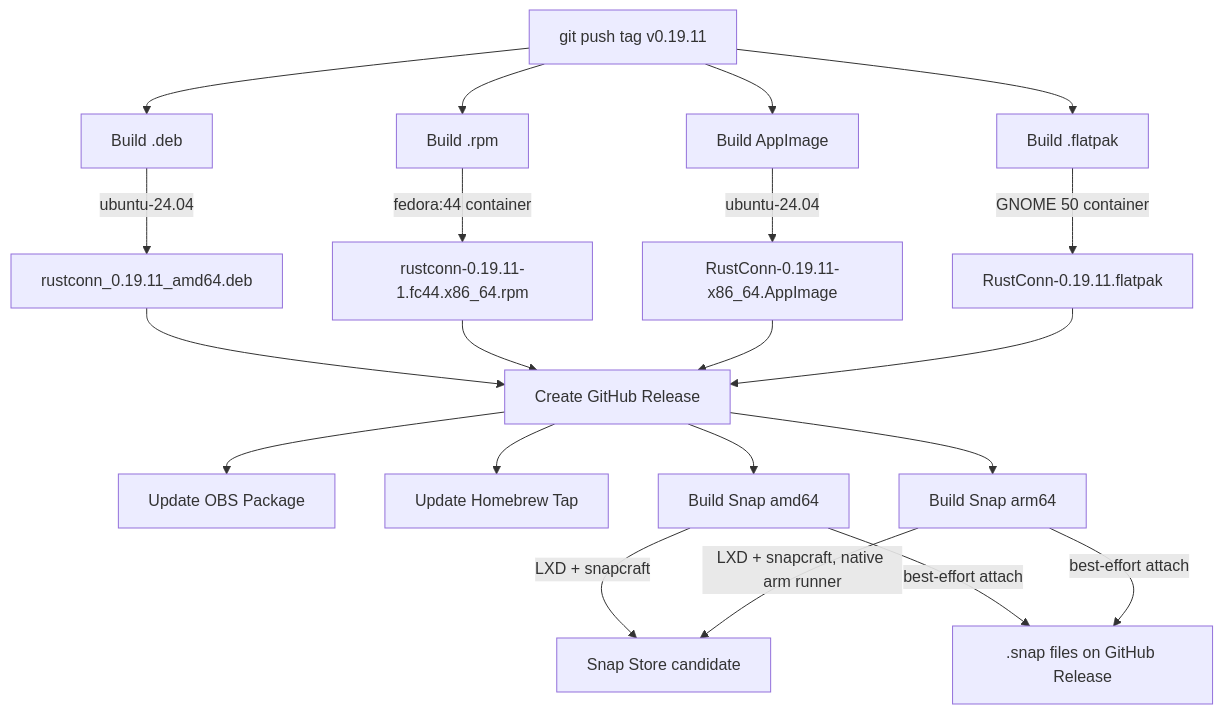
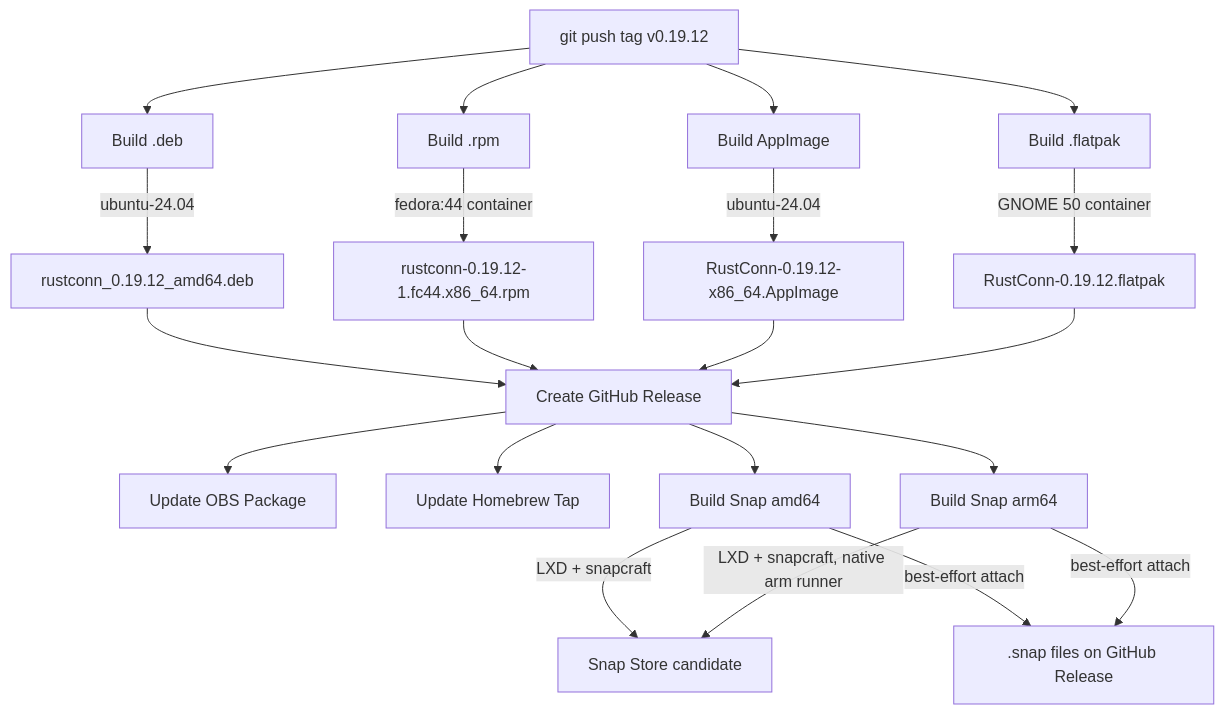
The third of 6 diagrams in docs/CI_BUILD_FLOW.md (philclifford/RustConn), drawn with Mermaid before and after one commit. The commit also changed other lines of this file and 82 other files, not shown here.

````diff
--- a/docs/CI_BUILD_FLOW.md
+++ b/docs/CI_BUILD_FLOW.md
@@ -67,26 +67,26 @@
 ```mermaid
 graph TD
-    Tag[git push tag v0.19.11] --> BuildDeb[Build .deb]
+    Tag[git push tag v0.19.12] --> BuildDeb[Build .deb]
     Tag --> BuildRPM[Build .rpm]
     Tag --> BuildAppImage[Build AppImage]
     Tag --> BuildFlatpak[Build .flatpak]
 
-    BuildDeb --> |ubuntu-24.04| DebArtifact[rustconn_0.19.11_amd64.deb]
-    BuildRPM --> |fedora:44 container| RPMArtifact[rustconn-0.19.11-1.fc44.x86_64.rpm]
-    BuildAppImage --> |ubuntu-24.04| AppImageArtifact[RustConn-0.19.11-x86_64.AppImage]
-    BuildFlatpak --> |GNOME 50 container| FlatpakArtifact[RustConn-0.19.11.flatpak]
+    BuildDeb --> |ubuntu-24.04| DebArtifact[rustconn_0.19.12_amd64.deb]
+    BuildRPM --> |fedora:44 container| RPMArtifact[rustconn-0.19.12-1.fc44.x86_64.rpm]
+    BuildAppImage --> |ubuntu-24.04| AppImageArtifact[RustConn-0.19.12-x86_64.AppImage]
+    BuildFlatpak --> |GNOME 50 container| FlatpakArtifact[RustConn-0.19.12.flatpak]
 
     DebArtifact --> Release[Create GitHub Release]
     RPMArtifact --> Release
     AppImageArtifact --> Release
     FlatpakArtifact --> Release
 
     Release --> UpdateOBS[Update OBS Package]
     Release --> Brew[Update Homebrew Tap]
     Release --> SnapAmd64[Build Snap amd64]
     Release --> SnapArm64[Build Snap arm64]
     SnapAmd64 --> |LXD + snapcraft| SnapStore[Snap Store candidate]
     SnapArm64 --> |LXD + snapcraft, native arm runner| SnapStore
     SnapAmd64 --> |best-effort attach| SnapAsset[.snap files on GitHub Release]
     SnapArm64 --> |best-effort attach| SnapAsset
 ```
````
